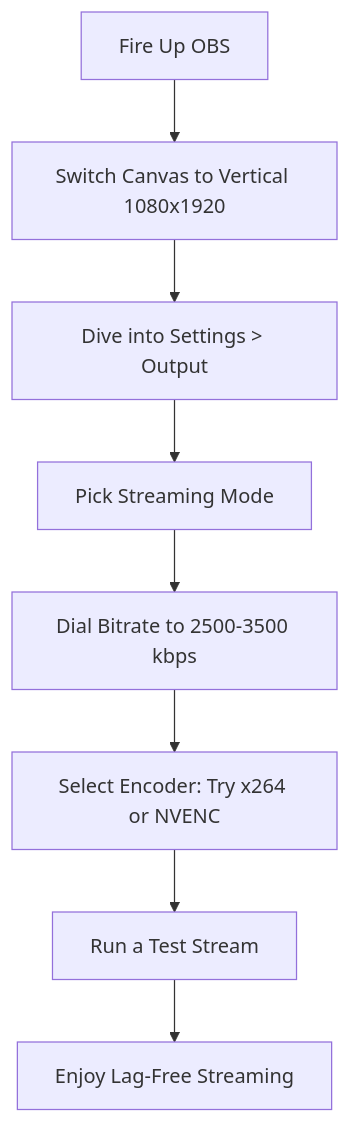
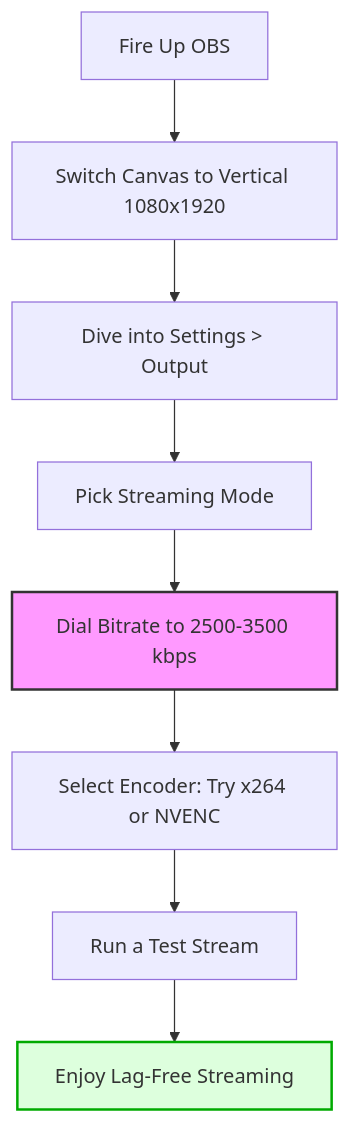
The diagram in data/blog/fix-wrong-obs-bitrate-tiktok-live-2025.mdx (littl3-boat/ttwise), drawn with Mermaid before and after one commit. The commit also changed 68 other files, not shown here.

Commit message:
feat: fix Mermaid syntax across blogs and add new posts for quality penalty and empty view trap

````diff
--- a/data/blog/fix-wrong-obs-bitrate-tiktok-live-2025.mdx
+++ b/data/blog/fix-wrong-obs-bitrate-tiktok-live-2025.mdx
@@ -30,10 +30,13 @@
 ```mermaid
 graph TD
-    A[Fire Up OBS] --> B[Switch Canvas to Vertical 1080x1920]
-    B --> C[Dive into Settings > Output]
-    C --> D[Pick Streaming Mode]
-    D --> E[Dial Bitrate to 2500-3500 kbps]
-    E --> F[Select Encoder: Try x264 or NVENC]
-    F --> G[Run a Test Stream]
-    G --> H[Enjoy Lag-Free Streaming]
+    A["Fire Up OBS"] --> B["Switch Canvas to Vertical 1080x1920"]
+    B --> C["Dive into Settings > Output"]
+    C --> D["Pick Streaming Mode"]
+    D --> E["Dial Bitrate to 2500-3500 kbps"]
+    E --> F["Select Encoder: Try x264 or NVENC"]
+    F --> G["Run a Test Stream"]
+    G --> H["Enjoy Lag-Free Streaming"]
+
+    style H fill:#dfd,stroke:#0a0,stroke-width:2px
+    style E fill:#f9f,stroke:#333,stroke-width:2px
 ```
````
